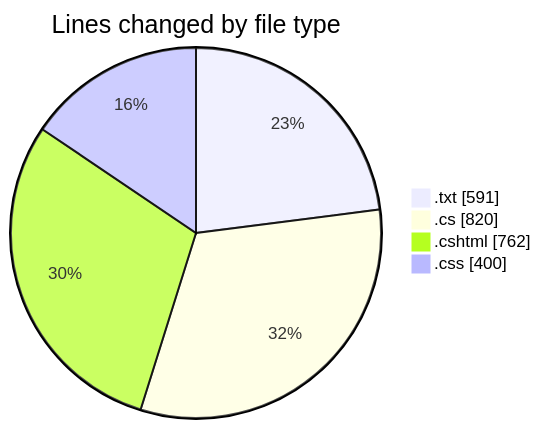
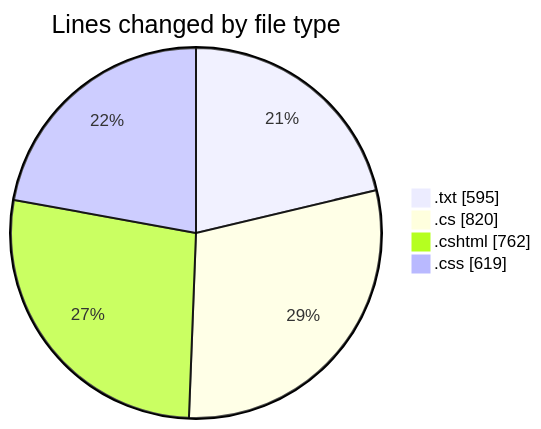
The first of 2 diagrams in 2025-07-26/quanlyrapchieuphim-1/README.md (lephambinh05/code-tracking), drawn with Mermaid before and after one commit. The commit also changed other lines of this file and 1 other file, not shown here.

````diff
--- a/2025-07-26/quanlyrapchieuphim-1/README.md
+++ b/2025-07-26/quanlyrapchieuphim-1/README.md
@@ -27,8 +27,8 @@
 ```mermaid
 pie showData
 title Lines changed by file type
-".txt" : 591
+".txt" : 595
 ".cs" : 820
 ".cshtml" : 762
-".css" : 400
+".css" : 619
 ```
````
